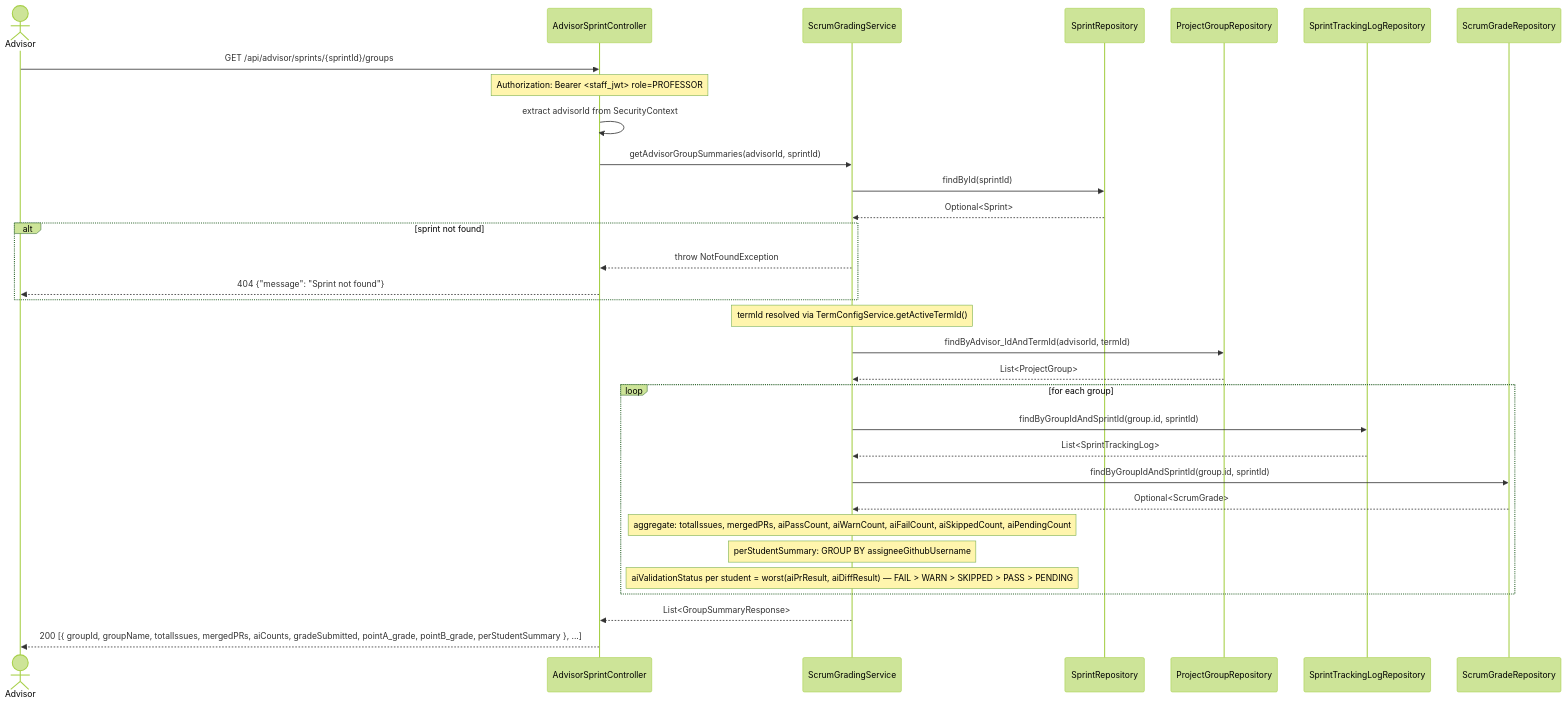
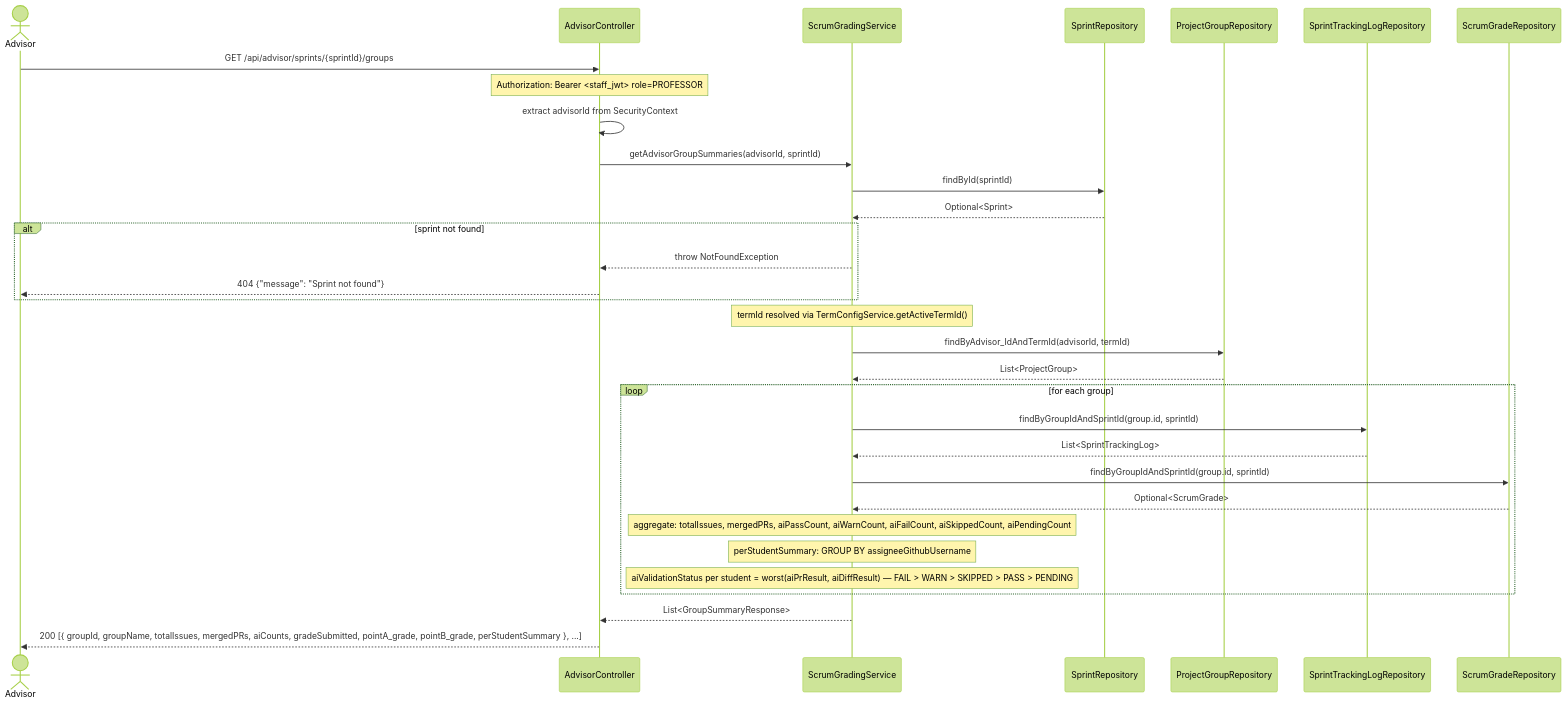
One commit to SE3318-Spring-2025-2026/senior-app-6 changed the second of 3 diagrams in docs/process5/sequences/5.5a_advisor_sprint_read.md. Above: the diagram before and after it, drawn with Mermaid (forest theme). The commit also changed other lines of this file and 4 other files, not shown here.

````diff
--- a/docs/process5/sequences/5.5a_advisor_sprint_read.md
+++ b/docs/process5/sequences/5.5a_advisor_sprint_read.md
@@ -47,44 +47,44 @@
 ```mermaid
 sequenceDiagram
     actor Advisor
-    participant AdvisorSprintController
+    participant AdvisorController
     participant ScrumGradingService
     participant SprintRepository
     participant ProjectGroupRepository
     participant SprintTrackingLogRepository
     participant ScrumGradeRepository
 
-    Advisor->>AdvisorSprintController: GET /api/advisor/sprints/{sprintId}/groups
-    Note over AdvisorSprintController: Authorization: Bearer <staff_jwt> role=PROFESSOR
+    Advisor->>AdvisorController: GET /api/advisor/sprints/{sprintId}/groups
+    Note over AdvisorController: Authorization: Bearer <staff_jwt> role=PROFESSOR
 
-    AdvisorSprintController->>AdvisorSprintController: extract advisorId from SecurityContext
+    AdvisorController->>AdvisorController: extract advisorId from SecurityContext
 
-    AdvisorSprintController->>ScrumGradingService: getAdvisorGroupSummaries(advisorId, sprintId)
+    AdvisorController->>ScrumGradingService: getAdvisorGroupSummaries(advisorId, sprintId)
 
     ScrumGradingService->>SprintRepository: findById(sprintId)
     SprintRepository-->>ScrumGradingService: Optional<Sprint>
 
     alt sprint not found
-        ScrumGradingService-->>AdvisorSprintController: throw NotFoundException
-        AdvisorSprintController-->>Advisor: 404 {"message": "Sprint not found"}
+        ScrumGradingService-->>AdvisorController: throw NotFoundException
+        AdvisorController-->>Advisor: 404 {"message": "Sprint not found"}
     end
 
     Note over ScrumGradingService: termId resolved via TermConfigService.getActiveTermId()
     ScrumGradingService->>ProjectGroupRepository: findByAdvisor_IdAndTermId(advisorId, termId)
     ProjectGroupRepository-->>ScrumGradingService: List<ProjectGroup>
 
     loop for each group
         ScrumGradingService->>SprintTrackingLogRepository: findByGroupIdAndSprintId(group.id, sprintId)
         SprintTrackingLogRepository-->>ScrumGradingService: List<SprintTrackingLog>
 
         ScrumGradingService->>ScrumGradeRepository: findByGroupIdAndSprintId(group.id, sprintId)
         ScrumGradeRepository-->>ScrumGradingService: Optional<ScrumGrade>
 
         Note over ScrumGradingService: aggregate: totalIssues, mergedPRs, aiPassCount, aiWarnCount, aiFailCount, aiSkippedCount, aiPendingCount
         Note over ScrumGradingService: perStudentSummary: GROUP BY assigneeGithubUsername
         Note over ScrumGradingService: aiValidationStatus per student = worst(aiPrResult, aiDiffResult) — FAIL > WARN > SKIPPED > PASS > PENDING
     end
 
-    ScrumGradingService-->>AdvisorSprintController: List<GroupSummaryResponse>
-    AdvisorSprintController-->>Advisor: 200 [{ groupId, groupName, totalIssues, mergedPRs, aiCounts, gradeSubmitted, pointA_grade, pointB_grade, perStudentSummary }, ...]
+    ScrumGradingService-->>AdvisorController: List<GroupSummaryResponse>
+    AdvisorController-->>Advisor: 200 [{ groupId, groupName, totalIssues, mergedPRs, aiCounts, gradeSubmitted, pointA_grade, pointB_grade, perStudentSummary }, ...]
 ```
````
